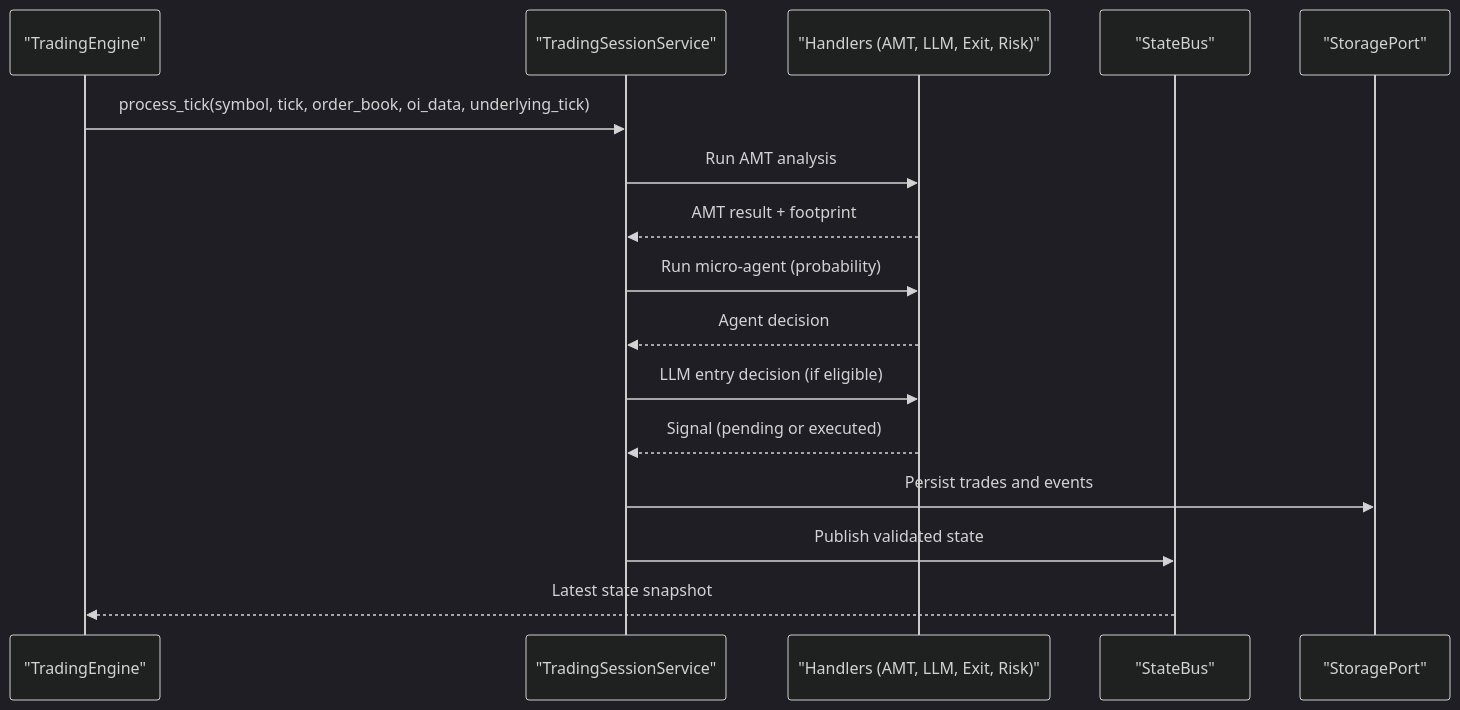
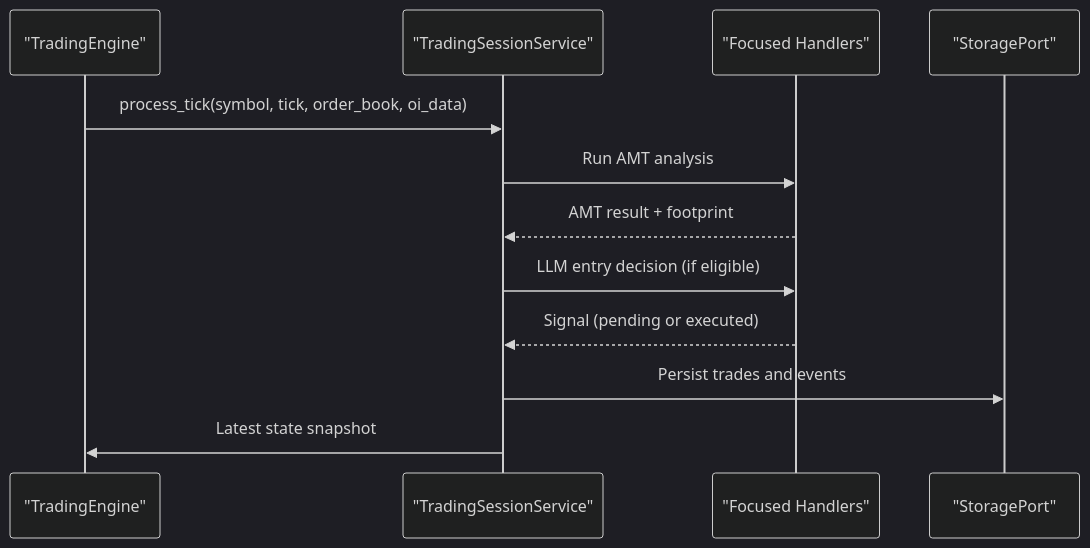
Before and after one commit to gemrajkhatry-maker/v5-of-glassytrade-ai: the fifth of 7 diagrams in .qoder/repowiki/en/content/Backend Application/Backend Application.md, drawn with Mermaid (dark theme). The commit also changed other lines of this file and 219 other files, not shown here.

First line of the commit message:
refactor: major architecture improvements across backend, backendv2, brokers, and frontend

````diff
--- a/.qoder/repowiki/en/content/Backend Application/Backend Application.md
+++ b/.qoder/repowiki/en/content/Backend Application/Backend Application.md
@@ -272,18 +248,14 @@
 ```mermaid
 sequenceDiagram
 participant Engine as "TradingEngine"
 participant Session as "TradingSessionService"
-participant Handlers as "Handlers (AMT, LLM, Exit, Risk)"
-participant Bus as "StateBus"
+participant Handlers as "Focused Handlers"
 participant Storage as "StoragePort"
-Engine->>Session : process_tick(symbol, tick, order_book, oi_data, underlying_tick)
+Engine->>Session : process_tick(symbol, tick, order_book, oi_data)
 Session->>Handlers : Run AMT analysis
 Handlers-->>Session : AMT result + footprint
-Session->>Handlers : Run micro-agent (probability)
-Handlers-->>Session : Agent decision
 Session->>Handlers : LLM entry decision (if eligible)
 Handlers-->>Session : Signal (pending or executed)
 Session->>Storage : Persist trades and events
-Session->>Bus : Publish validated state
-Bus-->>Engine : Latest state snapshot
+Session->>Engine : Latest state snapshot
 ```
````
